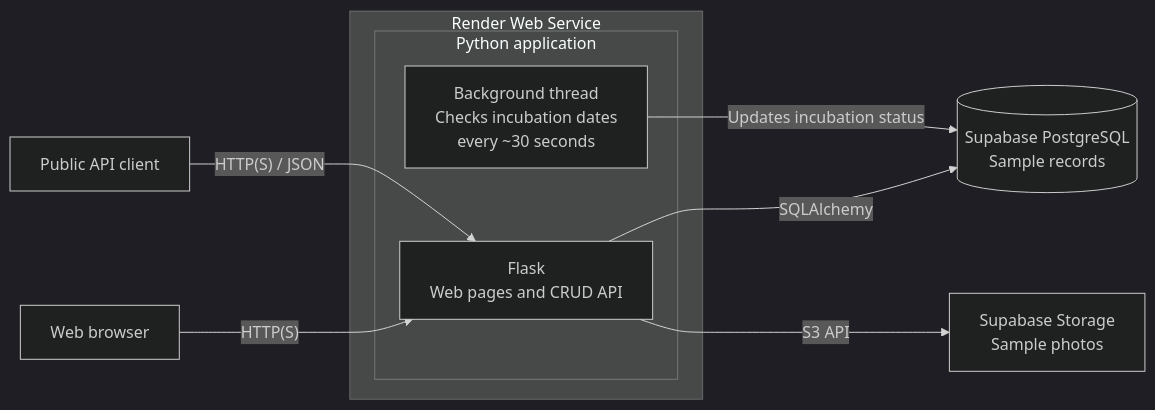
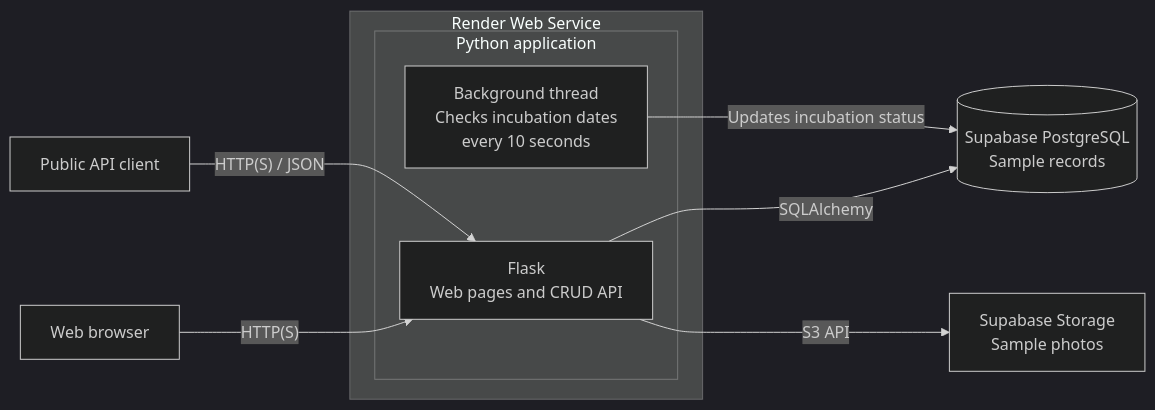
Before and after one commit to Crovla/Cloud_CRUD_Petri: the diagram in README.md, drawn with Mermaid (dark theme).

````diff
--- a/README.md
+++ b/README.md
@@ -4,21 +4,21 @@
 ```mermaid
 flowchart LR
     U["Web browser"]
     A["Public API client"]
 
     subgraph R["Render Web Service"]
         subgraph APP["Python application"]
             W["Flask<br/>Web pages and CRUD API"]
-            B["Background thread<br/>Checks incubation dates<br/>every ~30 seconds"]
+            B["Background thread<br/>Checks incubation dates<br/>every 10 seconds"]
         end
     end
 
     D[("Supabase PostgreSQL<br/>Sample records")]
     S["Supabase Storage<br/>Sample photos"]
 
     U -->|"HTTP(S)"| W
     A -->|"HTTP(S) / JSON"| W
     W -->|"SQLAlchemy"| D
     W -->|"S3 API"| S
     B -->|"Updates incubation status"| D
 ```
````
